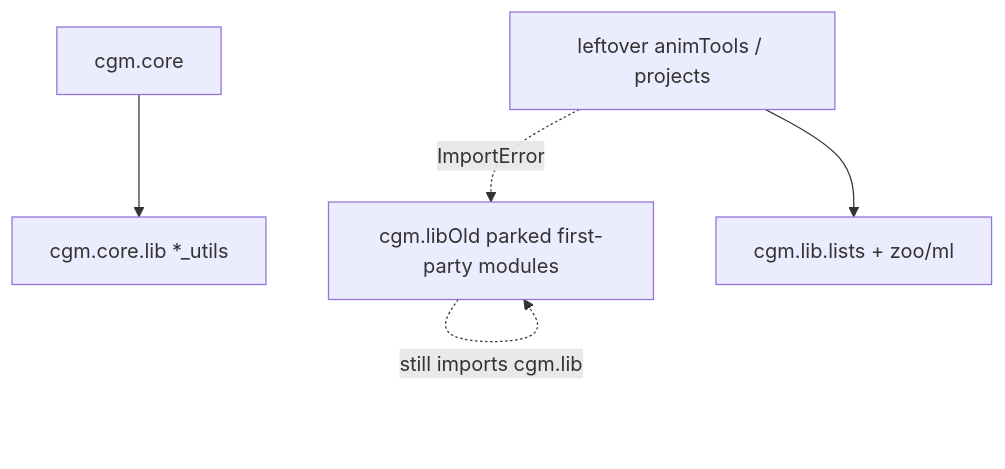
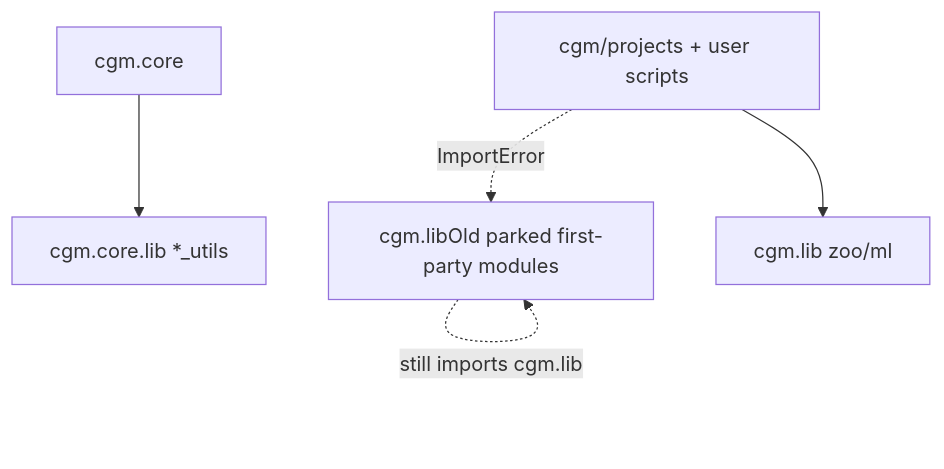
One commit to jjburton/cgmToolsDev changed the first of 2 diagrams in Features/Feature_LibToCore.md. Above: the diagram before and after it, drawn with Mermaid. The commit also changed other lines of this file and 3 other files, not shown here.

````diff
--- a/Features/Feature_LibToCore.md
+++ b/Features/Feature_LibToCore.md
@@ -61,12 +61,12 @@
 ```mermaid
 flowchart TD
   callers[cgm.core]
-  leftover[leftover animTools / projects]
+  leftover[cgm/projects + user scripts]
   coreUtils["cgm.core.lib *_utils"]
   oldLib["cgm.libOld parked first-party modules"]
-  shim["cgm.lib.lists + zoo/ml"]
+  shim["cgm.lib zoo/ml"]
   callers --> coreUtils
   leftover -.->|ImportError| oldLib
   leftover --> shim
   oldLib -.->|still imports cgm.lib| oldLib
 ```
````
